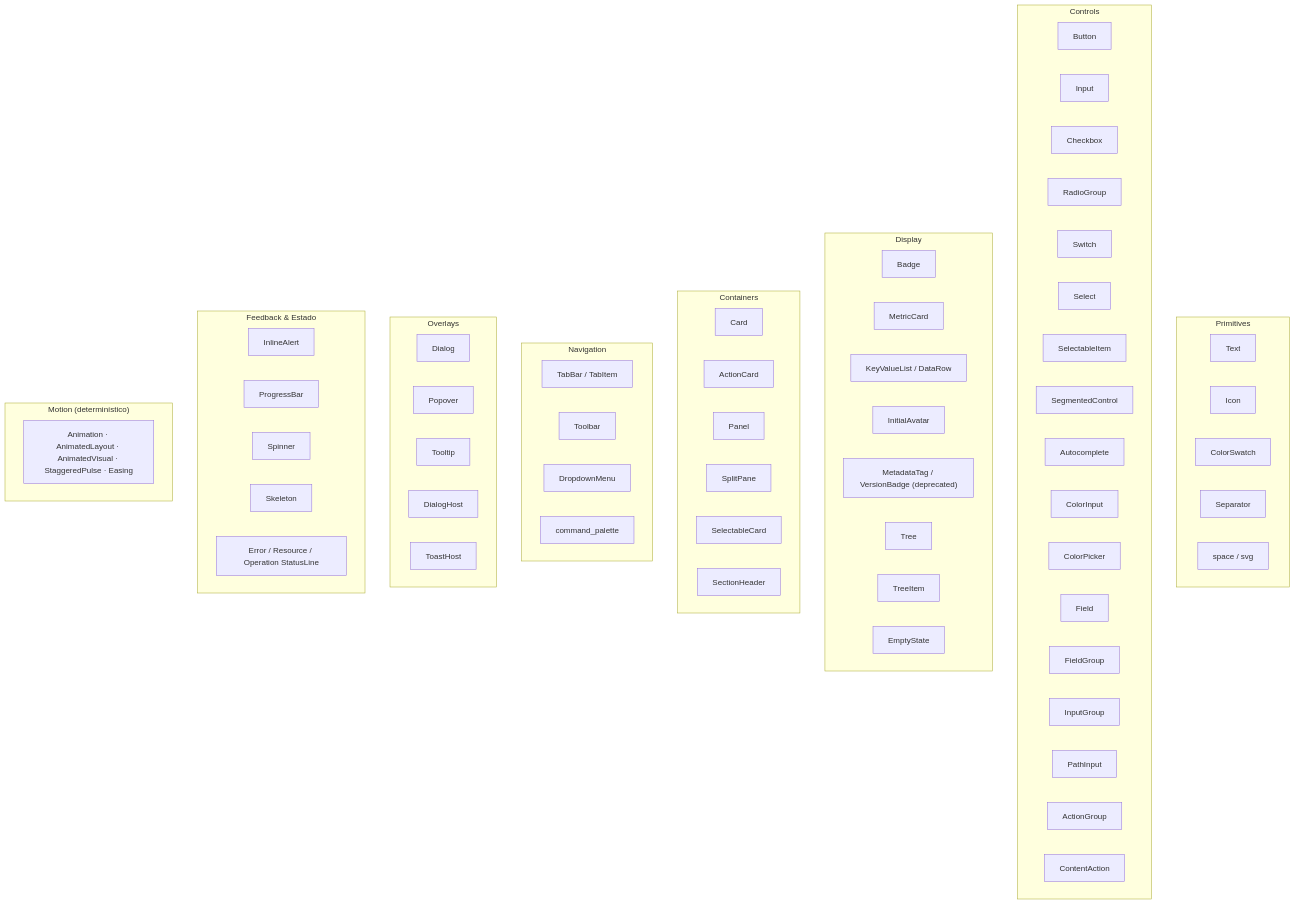
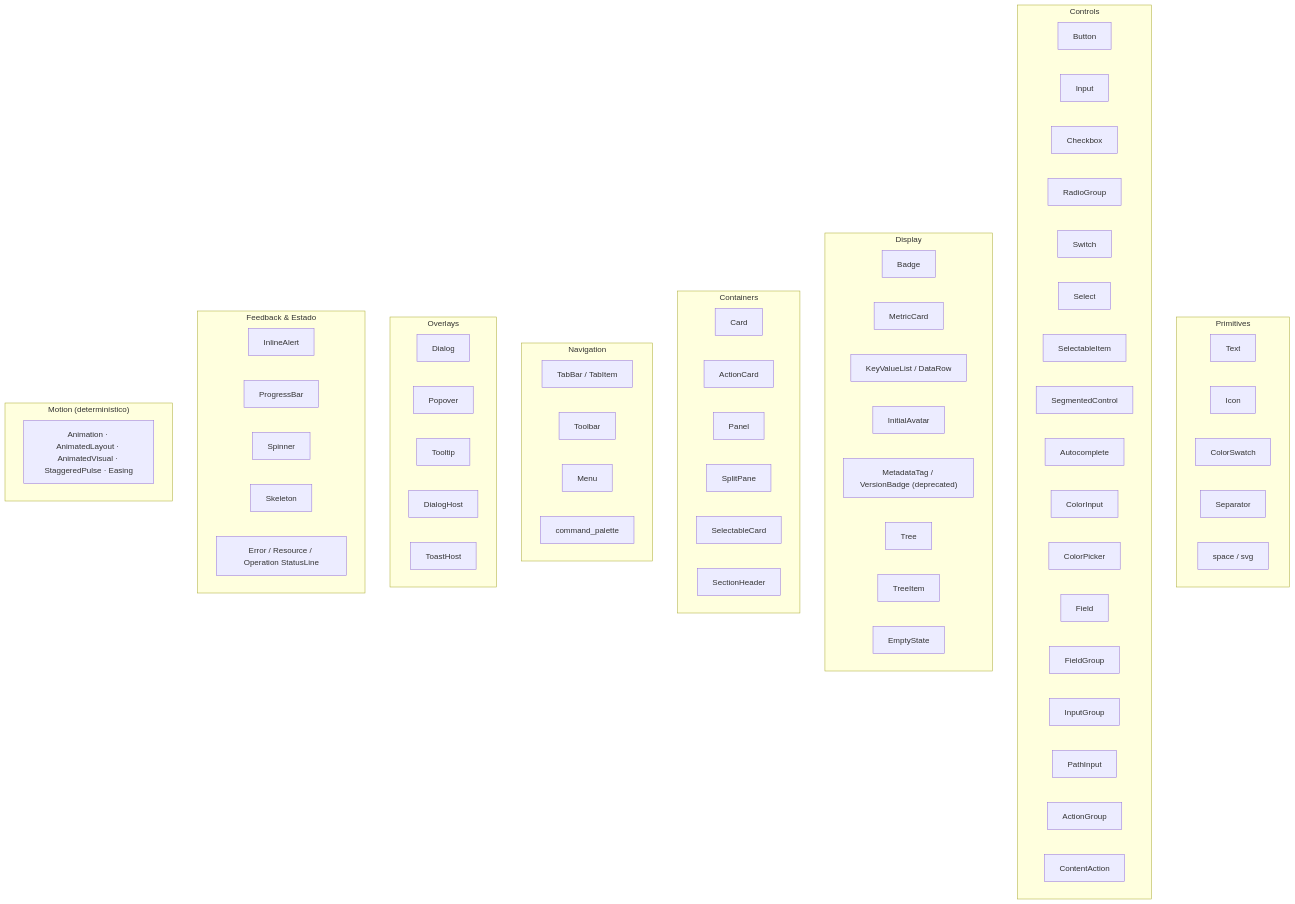
Before and after one commit to JirlanSouza/nive: the third of 3 diagrams in docs/architecture/design-system.md, drawn with Mermaid. The commit also changed other lines of this file and 2 other files, not shown here.

Commit message:
docs: update architecture docs for core action contracts and menu migration

````diff
--- a/docs/architecture/design-system.md
+++ b/docs/architecture/design-system.md
@@ -328,71 +328,71 @@
 ```mermaid
 flowchart TB
     subgraph primitives["Primitives"]
         Text
         Icon
         ColorSwatch
         Separator
         SpaceSvg["space / svg"]
     end
     subgraph controls["Controls"]
         Button
         Input
         Checkbox
         RadioGroup
         Switch
         Select
         SelectableItem
         SegmentedControl
         Autocomplete
         ColorInput
         ColorPicker
         Field
         FieldGroup
         InputGroup
         PathInput
         ActionGroup
         ContentAction
     end
     subgraph display["Display"]
         Badge
         MetricCard
         KeyValueList["KeyValueList / DataRow"]
         InitialAvatar
         MetadataTag["MetadataTag / VersionBadge (deprecated)"]
         Tree
         TreeItem
         EmptyState
     end
     subgraph containers["Containers"]
         Card
         ActionCard
         Panel
         SplitPane
         SelectableCard
         SectionHeader
     end
     subgraph navigation["Navigation"]
         Tabs["TabBar / TabItem"]
         Toolbar
-        DropdownMenu
+        Menu
         CommandPalette["command_palette"]
     end
     subgraph overlays["Overlays"]
         Dialog
         Popover
         Tooltip
         DialogHost
         ToastHost
     end
     subgraph feedback["Feedback & Estado"]
         InlineAlert
         ProgressBar
         Spinner
         Skeleton
         EmptyState
         StatusLines["Error / Resource / Operation StatusLine"]
     end
     subgraph motion["Motion (determinístico)"]
         Animation["Animation · AnimatedLayout · AnimatedVisual · StaggeredPulse · Easing"]
     end
 ```
````
